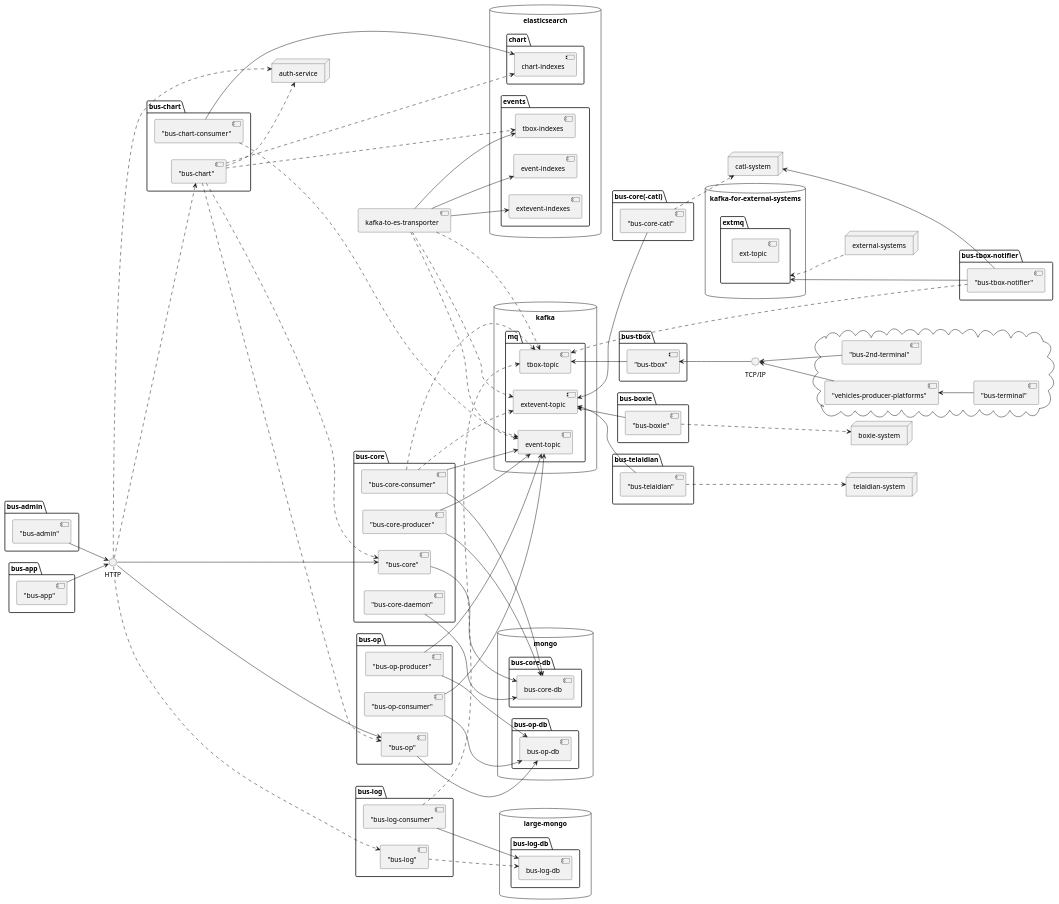
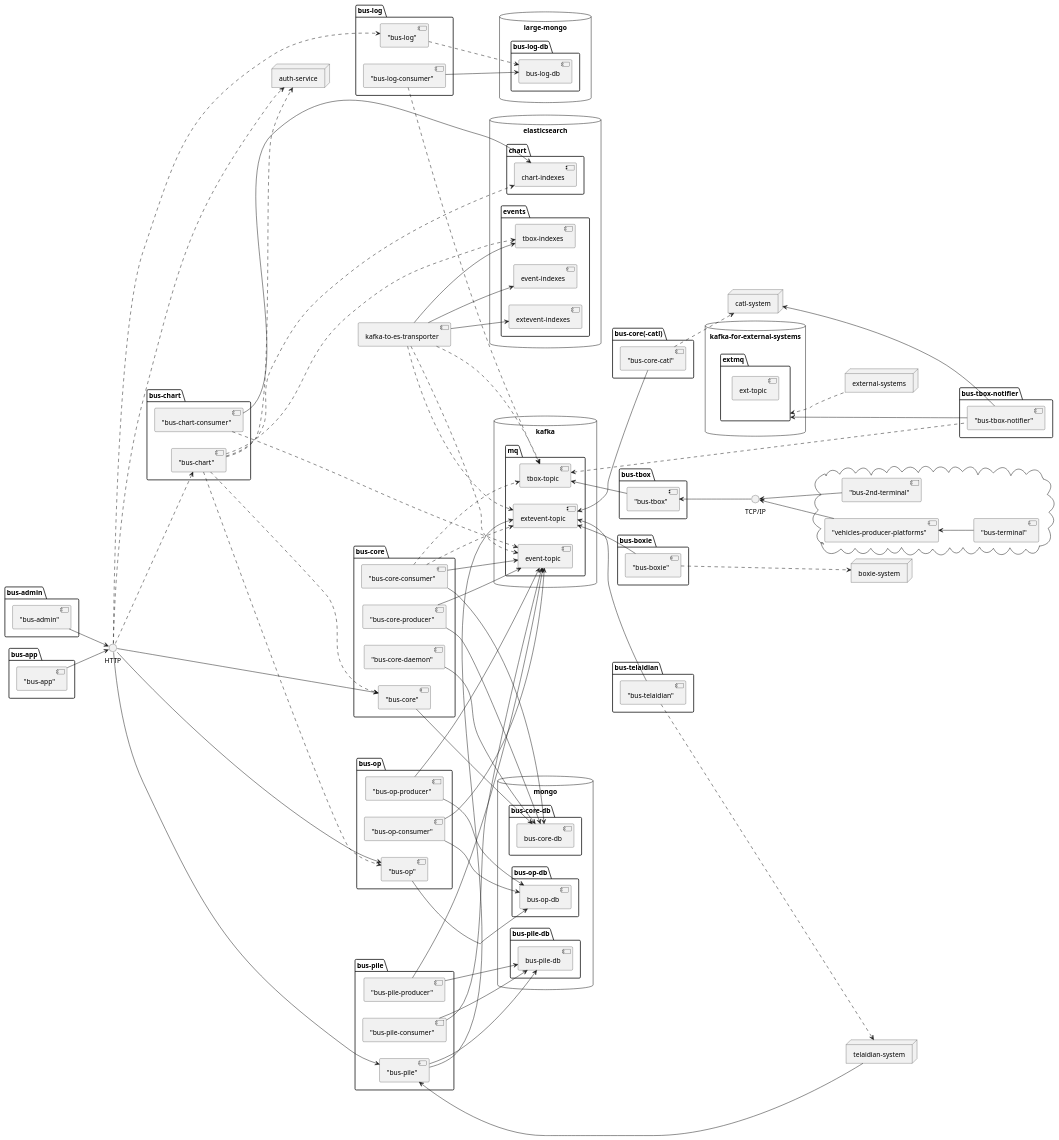
One commit to 36node/bus-docs changed the diagram in arch/component-and-connector.iuml. Above: the diagram before and after it, drawn with PlantUML. The commit also changed 5 other files, not shown here.

Commit message:
add bus pile to arch views

```diff
--- a/arch/component-and-connector.iuml
+++ b/arch/component-and-connector.iuml
@@ -1,153 +1,168 @@
 @startuml
 
 left to right direction
 
 interface "TCP/IP" as tcpip
 
 cloud {
     tcpip <-- ["bus-2nd-terminal"]
     tcpip <-- ["vehicles-producer-platforms"]
     ["vehicles-producer-platforms"] <-- ["bus-terminal"]
 }
 
 
 interface "HTTP" as http
 
 database mongo {
     folder "bus-core-db" {
         ["bus-core-db"]
     }
     folder "bus-op-db" {
         ["bus-op-db"]
+    }
+    folder "bus-pile-db" {
+        ["bus-pile-db"]
     }
 }
 
 database "large-mongo" {
     folder "bus-log-db" {
         ["bus-log-db"]
     }
 }
 
 database elasticsearch {
     folder "chart" {
         ["chart-indexes"]
     }
     folder "events" {
         ["tbox-indexes"]
         ["event-indexes"]
         ["extevent-indexes"]
     }
 }
 
 database kafka {
     folder [mq] {
         ["tbox-topic"]
         ["event-topic"]
         ["extevent-topic"]
     }
 }
 
 database "kafka-for-external-systems" {
     folder [extmq] {
         ["ext-topic"]
     }
 }
 
 component "kafka-to-es-transporter" as transporter
 transporter ...> ["tbox-topic"]
 transporter ...> ["event-topic"]
 transporter ...> ["extevent-topic"]
 transporter ---> ["tbox-indexes"]
 transporter ---> ["event-indexes"]
 transporter ---> ["extevent-indexes"]
 
 node "catl-system" as catlsys
 
 package "bus-tbox" {
     ["bus-tbox"] <-- tcpip
     ["tbox-topic"] <-- ["bus-tbox"]
 }
 
 package "bus-core" {      
     ["bus-core-consumer"] ...> ["tbox-topic"]
     ["bus-core-consumer"] ...> ["extevent-topic"]
     ["bus-core-consumer"] ---> ["event-topic"]
     ["bus-core-consumer"] ---> ["bus-core-db"]
     ["bus-core"] as buscore
     buscore ---> ["bus-core-db"]
     http --> buscore
     ["bus-core-daemon"] ---> ["bus-core-db"]
     ["bus-core-producer"] ---> ["bus-core-db"]
     ["bus-core-producer"] ---> ["event-topic"]
 }
 
 package "bus-core(-catl)" {
     ["bus-core-catl"] ..> catlsys
     ["extevent-topic"] <-- ["bus-core-catl"]
 }
 
 package "bus-op" {
     ["bus-op-consumer"] ---> ["event-topic"]
     ["bus-op-consumer"] ---> ["bus-op-db"]
     ["bus-op"] as busop
     busop ---> ["bus-op-db"]
     http --> busop
     ["bus-op-producer"] ---> ["bus-op-db"]
     ["bus-op-producer"] ---> ["event-topic"]
 }
 
 package "bus-log" {
     ["bus-log-consumer"] ...> ["tbox-topic"]
     ["bus-log-consumer"] ---> ["bus-log-db"]
     ["bus-log"] as buslog
     http ..> buslog
     buslog ...> ["bus-log-db"]
 }
 
 node "auth-service" as authservice
 http ..> authservice
 
 package "bus-chart" {
     ["bus-chart-consumer"] ....> ["event-topic"]
     ["bus-chart-consumer"] -----> ["chart-indexes"]
     ["bus-chart"] as buschart
     http ..> buschart
     buschart .....> ["chart-indexes"]
     buschart .....> ["tbox-indexes"]
     buschart ..> authservice
     buschart ...> buscore
     buschart ...> busop
 }
 
 node "external-systems" as extsys
 extmq <.. extsys
 
 node "boxie-system" as boxiesys
 
 package "bus-boxie" {
     ["bus-boxie"] ...> boxiesys
     ["extevent-topic"] <-- ["bus-boxie"]
 }
 
 node "telaidian-system" as telaidiansys
 
 package "bus-telaidian" {
     ["bus-telaidian"] ...> telaidiansys
     ["extevent-topic"] <-- ["bus-telaidian"] 
 }
 
+package "bus-pile" {
+    ["bus-pile-consumer"] ---> ["event-topic"]
+    ["bus-pile-consumer"] ---> ["bus-pile-db"]
+    ["bus-pile"] as buspile
+    buspile <--- telaidiansys
+    buspile ---> ["bus-pile-db"]
+    http --> buspile
+    buspile ---> ["extevent-topic"]
+    ["bus-pile-producer"] ---> ["bus-pile-db"]
+    ["bus-pile-producer"] ---> ["event-topic"]
+}
+
 package "bus-tbox-notifier" {
     ["tbox-topic"] <.. ["bus-tbox-notifier"]
     catlsys <--- ["bus-tbox-notifier"]
     extmq <--- ["bus-tbox-notifier"]
 }
 
 package "bus-admin" {
     ["bus-admin"] --> http
 }
 
 package "bus-app" {
     ["bus-app"] --> http
 }
 
 @enduml
```
